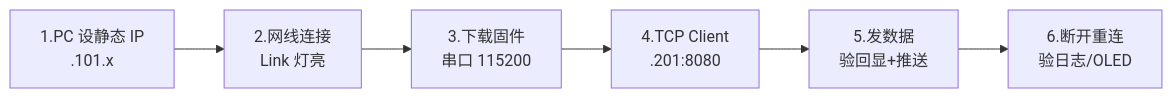
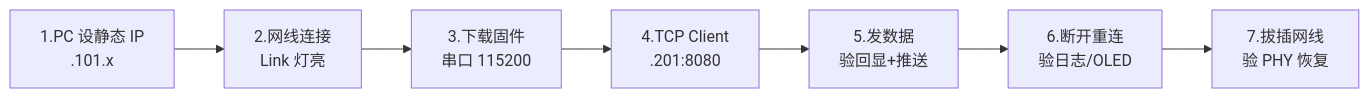
Before and after one commit to mdbsliguo/stm32_template_SPL: the seventh of 7 diagrams in Examples/Net/Net01_W5500_Server_polling/README.md, drawn with Mermaid. The commit also changed other lines of this file and 35 other files, not shown here.

````diff
--- a/Examples/Net/Net01_W5500_Server_polling/README.md
+++ b/Examples/Net/Net01_W5500_Server_polling/README.md
@@ -294,8 +295,9 @@
 ```mermaid
 flowchart LR
     S1["1.PC 设静态 IP\n.101.x"] --> S2["2.网线连接\nLink 灯亮"]
     S2 --> S3["3.下载固件\n串口 115200"]
     S3 --> S4["4.TCP Client\n.201:8080"]
     S4 --> S5["5.发数据\n验回显+推送"]
     S5 --> S6["6.断开重连\n验日志/OLED"]
+    S6 --> S7["7.拔插网线\n验 PHY 恢复"]
 ```
````
